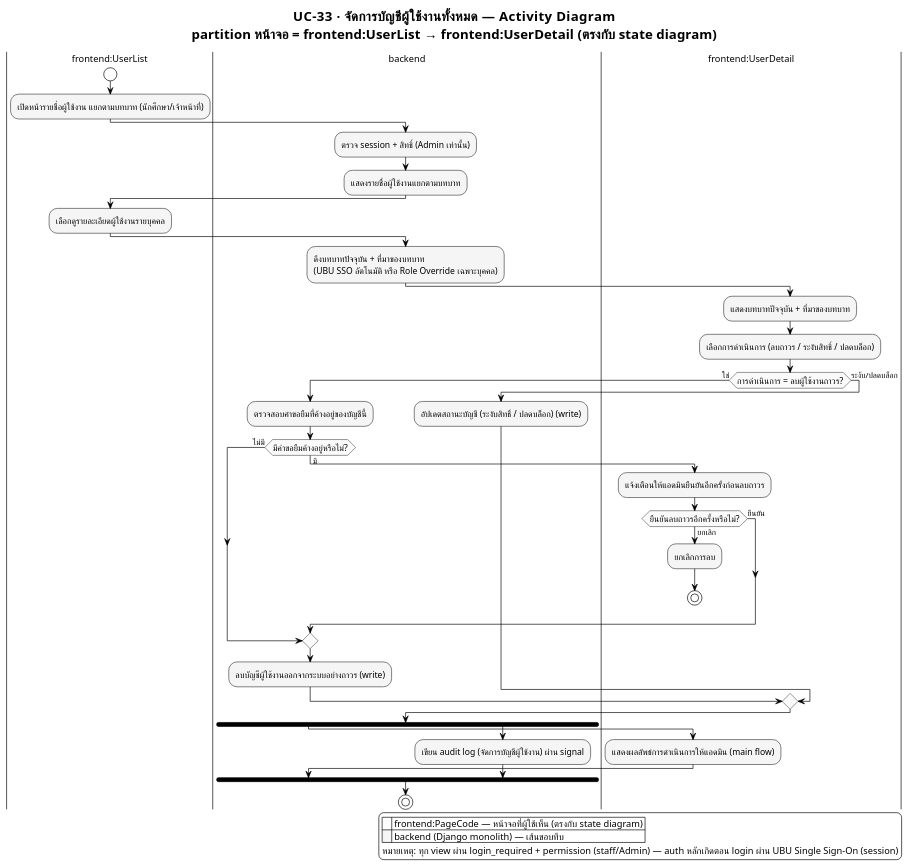
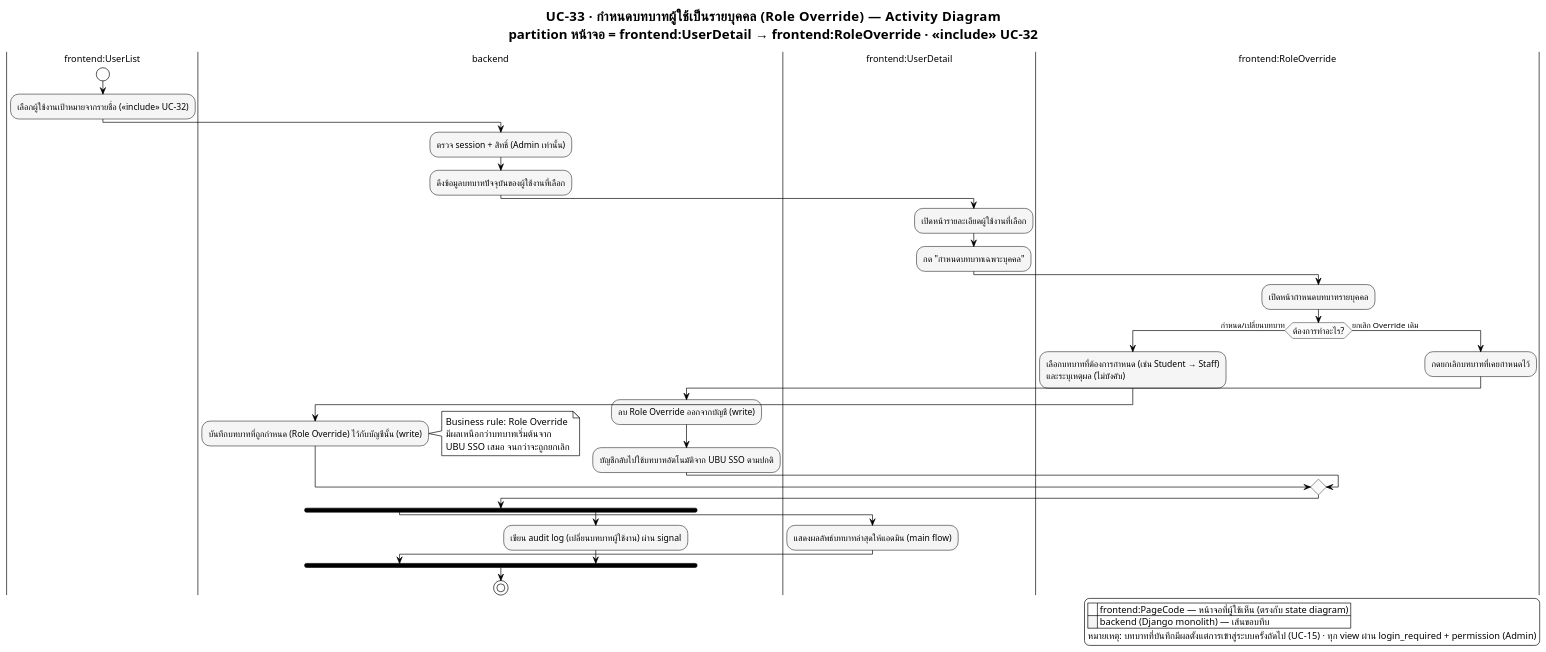
The diagram in docs/proposal/usecase/activity_module10_uc33.puml (patlnwza-007/project-2569), drawn with PlantUML before and after one commit. The commit also changed 176 other files, not shown here.

```diff
--- a/docs/proposal/usecase/activity_module10_uc33.puml
+++ b/docs/proposal/usecase/activity_module10_uc33.puml
@@ -1,95 +1,88 @@
 @startuml activity_module10_uc33
 ' ══════════════════════════════════════════════════════════════════
 ' รองรับภาษาไทย — อ่านก่อน render:
 ' 1. บันทึกไฟล์นี้เป็น UTF-8 (ไม่ต้องมี BOM) เสมอ
 ' 2. ถ้า render ผ่าน CLI (plantuml.jar) ต้องระบุ flag encoding ด้วย:
-'      java -Dfile.encoding=UTF-8 -jar plantuml.jar -charset UTF-8 activity_admin_panel_uc33_manage_user_accounts.puml
+'      java -Dfile.encoding=UTF-8 -jar plantuml.jar -charset UTF-8 activity_admin_panel_uc33_role_override_individual.puml
 ' 3. บังคับใช้ Smetana (pure-Java layout engine) แทน Graphviz/dot
 '    เพราะ Graphviz บางระบบ (โดยเฉพาะ Windows) อ่าน UTF-8 ไม่ตรง ทำให้ตัวอักษรไทยเพี้ยน/หาย
 !pragma layout smetana
 ' 4. ฟอนต์ที่มีสระ/วรรณยุกต์ไทยครบและ render ผ่าน Java ได้เสถียร
 '    - Windows: "TH Sarabun New" (ฟอนต์มาตรฐานราชการ) หรือ "Tahoma" (มากับเครื่องอยู่แล้ว)
 '    - Linux / PlantUML online server: เปลี่ยนเป็น "Noto Sans Thai" หรือ "Loma"
 skinparam defaultFontName "TH Sarabun New"
 skinparam defaultFontSize 14
 ' ══════════════════════════════════════════════════════════════════
 
 !theme plain
 skinparam titleFontName "TH Sarabun New"
 skinparam titleFontSize 20
 skinparam noteFontName "TH Sarabun New"
 skinparam ArrowFontName "TH Sarabun New"
 skinparam ArrowFontSize 12
 skinparam swimlaneTitleFontName "TH Sarabun New"
 skinparam swimlaneTitleFontSize 14
 
 ' ===== Monochrome เท่านั้น — ห้ามให้แต่ละ partition มีสีต่างกัน =====
 skinparam activity {
   BackgroundColor #F5F5F5
   BorderColor #424242
   FontName "TH Sarabun New"
   FontSize 13
   DiamondBackgroundColor #FAFAFA
   DiamondBorderColor #616161
 }
 
-title UC-33 · จัดการบัญชีผู้ใช้งานทั้งหมด — Activity Diagram\npartition หน้าจอ = frontend:UserList → frontend:UserDetail (ตรงกับ state diagram)
+title UC-33 · กำหนดบทบาทผู้ใช้เป็นรายบุคคล (Role Override) — Activity Diagram\npartition หน้าจอ = frontend:UserDetail → frontend:RoleOverride · <<include>> UC-32
 
 ' หมายเหตุ: สมมติว่าแอดมิน login แล้ว (session) — ไม่ต้องวาด OAuth/SSO ซ้ำใน flow นี้
 |frontend:UserList|
 start
-:เปิดหน้ารายชื่อผู้ใช้งาน แยกตามบทบาท (นักศึกษา/เจ้าหน้าที่);
+:เลือกผู้ใช้งานเป้าหมายจากรายชื่อ (<<include>> UC-32);
 
 |backend|
 :ตรวจ session + สิทธิ์ (Admin เท่านั้น);
-:แสดงรายชื่อผู้ใช้งานแยกตามบทบาท;
-
-|frontend:UserList|
-:เลือกดูรายละเอียดผู้ใช้งานรายบุคคล;
-
-|backend|
-:ดึงบทบาทปัจจุบัน + ที่มาของบทบาท\n(UBU SSO อัตโนมัติ หรือ Role Override เฉพาะบุคคล);
+:ดึงข้อมูลบทบาทปัจจุบันของผู้ใช้งานที่เลือก;
 
 |frontend:UserDetail|
-:แสดงบทบาทปัจจุบัน + ที่มาของบทบาท;
+:เปิดหน้ารายละเอียดผู้ใช้งานที่เลือก;
+:กด "กำหนดบทบาทเฉพาะบุคคล";
 
-|frontend:UserDetail|
-:เลือกการดำเนินการ (ลบถาวร / ระงับสิทธิ์ / ปลดบล็อก);
+|frontend:RoleOverride|
+:เปิดหน้ากำหนดบทบาทรายบุคคล;
+if (ต้องการทำอะไร?) then (กำหนด/เปลี่ยนบทบาท)
+  :เลือกบทบาทที่ต้องการกำหนด (เช่น Student → Staff)\nและระบุเหตุผล (ไม่บังคับ);
 
-if (การดำเนินการ = ลบผู้ใช้งานถาวร?) then (ใช่)
   |backend|
-  :ตรวจสอบคำขอยืมที่ค้างอยู่ของบัญชีนี้;
-  if (มีคำขอยืมค้างอยู่หรือไม่?) then (มี)
-    |frontend:UserDetail|
-    :แจ้งเตือนให้แอดมินยืนยันอีกครั้งก่อนลบถาวร;
-    if (ยืนยันลบถาวรอีกครั้งหรือไม่?) then (ยกเลิก)
-      :ยกเลิกการลบ;
-      stop
-    else (ยืนยัน)
-    endif
-  else (ไม่มี)
-  endif
+  :บันทึกบทบาทที่ถูกกำหนด (Role Override) ไว้กับบัญชีนั้น (write);
+  note right
+    Business rule: Role Override
+    มีผลเหนือกว่าบทบาทเริ่มต้นจาก
+    UBU SSO เสมอ จนกว่าจะถูกยกเลิก
+  end note
+else (ยกเลิก Override เดิม)
+  |frontend:RoleOverride|
+  :กดยกเลิกบทบาทที่เคยกำหนดไว้;
+
   |backend|
-  :ลบบัญชีผู้ใช้งานออกจากระบบอย่างถาวร (write);
-else (ระงับ/ปลดบล็อก)
-  |backend|
-  :อัปเดตสถานะบัญชี (ระงับสิทธิ์ / ปลดบล็อก) (write);
+  :ลบ Role Override ออกจากบัญชี (write);
+  :บัญชีกลับไปใช้บทบาทอัตโนมัติจาก UBU SSO ตามปกติ;
 endif
 
 fork
   |frontend:UserDetail|
-  :แสดงผลลัพธ์การดำเนินการให้แอดมิน (main flow);
+  :แสดงผลลัพธ์บทบาทล่าสุดให้แอดมิน (main flow);
 fork again
   |backend|
-  :เขียน audit log (จัดการบัญชีผู้ใช้งาน) ผ่าน signal;
+  :เขียน audit log (เปลี่ยนบทบาทผู้ใช้งาน) ผ่าน signal;
 end fork
 
 stop
 
 legend right
   |<back:white>    </back>| frontend:PageCode — หน้าจอที่ผู้ใช้เห็น (ตรงกับ state diagram) |
   |<back:#F5F5F5>    </back>| backend (Django monolith) — เส้นขอบทึบ |
-  หมายเหตุ: ทุก view ผ่าน login_required + permission (staff/Admin) — auth หลักเกิดตอน login ผ่าน UBU Single Sign-On (session)
+  หมายเหตุ: บทบาทที่บันทึกมีผลตั้งแต่การเข้าสู่ระบบครั้งถัดไป (UC-15) · ทุก view ผ่าน login_required + permission (Admin)
 endlegend
 
 @enduml
```
